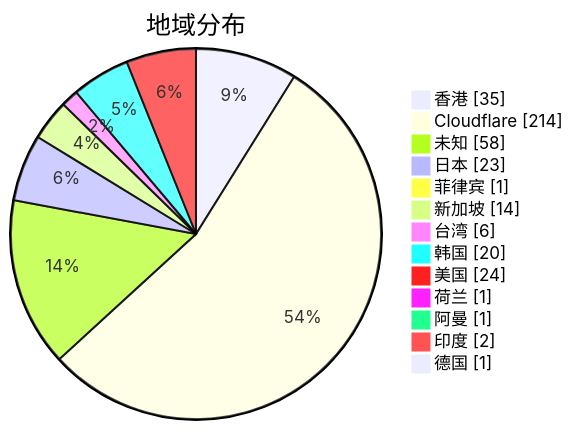
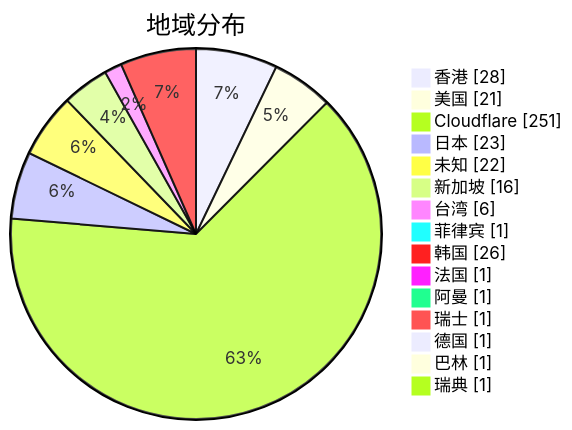
Before and after one commit to qjlxg/airport: the second of 3 diagrams in subs/statistics/tested_within.md, drawn with Mermaid. The commit also changed other lines of this file and 2 other files, not shown here.

````diff
--- a/subs/statistics/tested_within.md
+++ b/subs/statistics/tested_within.md
@@ -13,17 +14,19 @@
 ```mermaid
 pie showData
 title 地域分布
-"香港" : 35
-"Cloudflare" : 214
-"未知" : 58
+"香港" : 28
+"美国" : 21
+"Cloudflare" : 251
 "日本" : 23
+"未知" : 22
+"新加坡" : 16
+"台湾" : 6
 "菲律宾" : 1
-"新加坡" : 14
-"台湾" : 6
-"韩国" : 20
-"美国" : 24
-"荷兰" : 1
+"韩国" : 26
+"法国" : 1
 "阿曼" : 1
-"印度" : 2
+"瑞士" : 1
 "德国" : 1
+"巴林" : 1
+"瑞典" : 1
 ```
````
